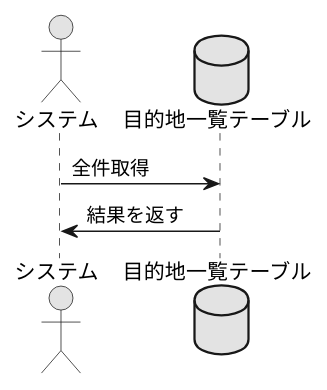
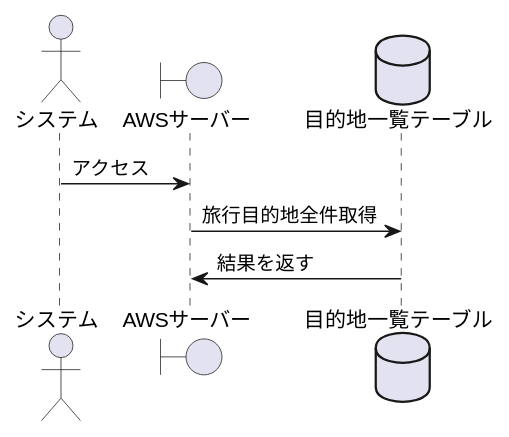
One commit to teamack20172020/sotukenTest changed the diagram in 設計書/シーケンス図/済：システム3：目的地一覧をDBから取得する.pu. Above: the diagram before and after it, drawn with PlantUML.

Commit message:
目的地一覧をDBから取得するのシーケンス図修正

```diff
--- a/設計書/シーケンス図/済：システム3：目的地一覧をDBから取得する.pu
+++ b/設計書/シーケンス図/済：システム3：目的地一覧をDBから取得する.pu
@@ -1,11 +1,13 @@
 @startuml
 
-skinparam monochrome true
+actor システム
 
-actor システム
+boundary AWSサーバー
+
 database 目的地一覧テーブル as DB
 
-システム -> DB : 全件取得
-システム <- DB : 結果を返す
+システム -> AWSサーバー : アクセス
+AWSサーバー -> DB : 旅行目的地全件取得
+AWSサーバー <- DB : 結果を返す
 
 @enduml
```
